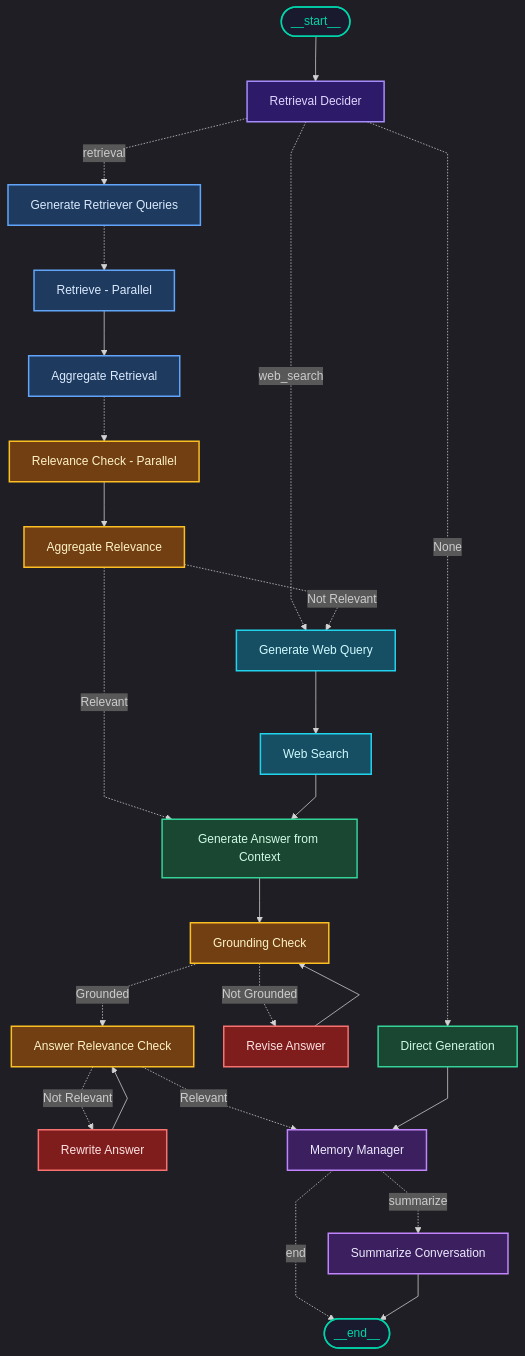
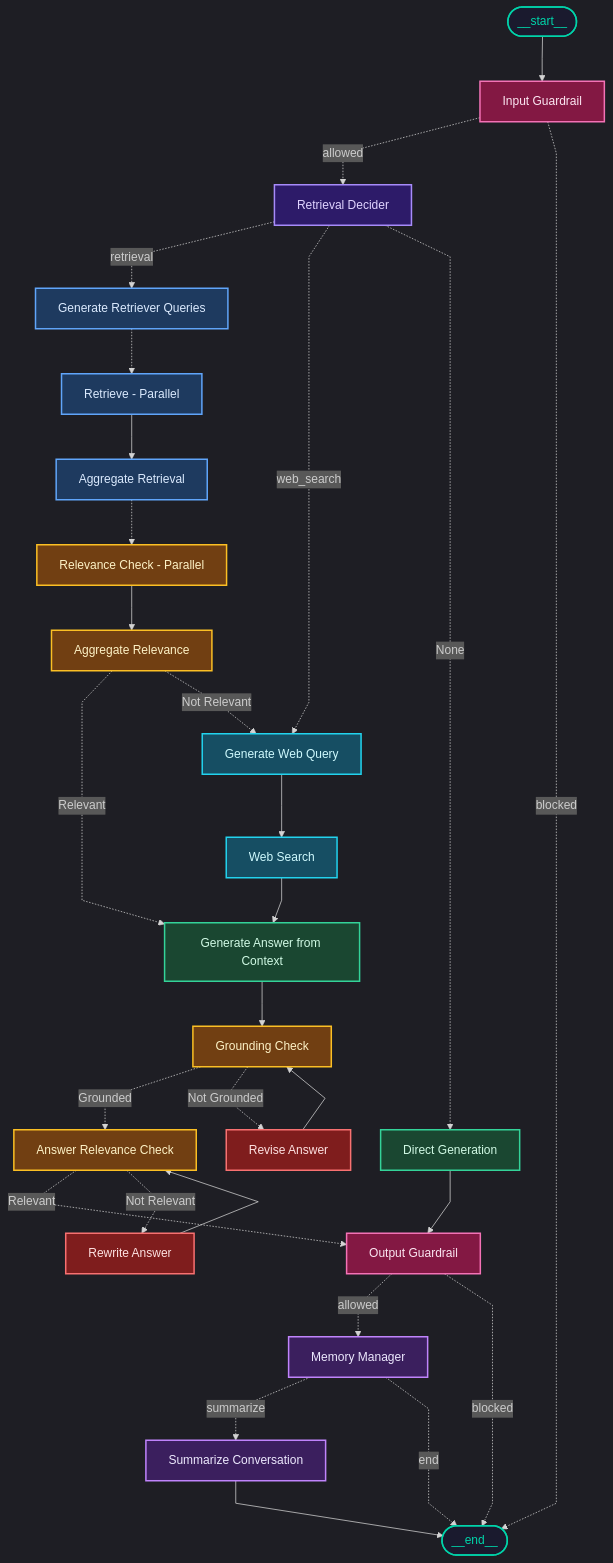
The second of 2 diagrams in README.md (pankaj-2708/Self-RAG-and-Corrective-RAG-for-Indian-Constitution), drawn with Mermaid before and after one commit. The commit also changed other lines of this file and 8 other files, not shown here.

````diff
--- a/README.md
+++ b/README.md
@@ -150,72 +152,81 @@
 ```mermaid
 ---
 config:
   theme: dark
   flowchart:
     curve: linear
     nodeSpacing: 40
     rankSpacing: 60
 ---
 graph TD
     __start__([" __start__ "]):::startNode
+    input_guardrail_node["Input Guardrail"]:::guardrailNode
     retrieval_decider_node["Retrieval Decider"]:::routingNode
     generate_retriever_query_node["Generate Retriever Queries"]:::retrievalNode
     retrieve_node["Retrieve - Parallel"]:::retrievalNode
     aggregate_retrieval["Aggregate Retrieval"]:::retrievalNode
     direct_generation_node["Direct Generation"]:::generationNode
     is_relevant_node["Relevance Check - Parallel"]:::validationNode
     aggregate_relevance["Aggregate Relevance"]:::validationNode
     answer_from_context_node["Generate Answer from Context"]:::generationNode
     check_answer_grounded_node["Grounding Check"]:::validationNode
     revise_answer_node["Revise Answer"]:::correctionNode
     is_answer_relevant_node["Answer Relevance Check"]:::validationNode
     rewrite_answer_node["Rewrite Answer"]:::correctionNode
+    output_guardrail_node["Output Guardrail"]:::guardrailNode
     generate_web_search_query_node["Generate Web Query"]:::webNode
     web_search_node["Web Search"]:::webNode
     memory_node["Memory Manager"]:::memoryNode
     modify_short_term_memory_node["Summarize Conversation"]:::memoryNode
     __end__([" __end__ "]):::endNode
 
-    __start__ --> retrieval_decider_node
+    __start__ --> input_guardrail_node
+
+    input_guardrail_node -. " allowed " .-> retrieval_decider_node
+    input_guardrail_node -. " blocked " .-> __end__
 
     retrieval_decider_node -. " retrieval " .-> generate_retriever_query_node
     retrieval_decider_node -. " web_search " .-> generate_web_search_query_node
     retrieval_decider_node -. " None " .-> direct_generation_node
 
     generate_retriever_query_node -.-> retrieve_node
     retrieve_node --> aggregate_retrieval
     aggregate_retrieval -.-> is_relevant_node
     is_relevant_node --> aggregate_relevance
 
     aggregate_relevance -. " Relevant " .-> answer_from_context_node
     aggregate_relevance -. " Not Relevant " .-> generate_web_search_query_node
 
     generate_web_search_query_node --> web_search_node
     web_search_node --> answer_from_context_node
 
     answer_from_context_node --> check_answer_grounded_node
 
     check_answer_grounded_node -. " Grounded " .-> is_answer_relevant_node
     check_answer_grounded_node -. " Not Grounded " .-> revise_answer_node
     revise_answer_node --> check_answer_grounded_node
 
-    is_answer_relevant_node -. " Relevant " .-> memory_node
+    is_answer_relevant_node -. " Relevant " .-> output_guardrail_node
     is_answer_relevant_node -. " Not Relevant " .-> rewrite_answer_node
     rewrite_answer_node --> is_answer_relevant_node
 
-    direct_generation_node --> memory_node
+    direct_generation_node --> output_guardrail_node
+
+    output_guardrail_node -. " allowed " .-> memory_node
+    output_guardrail_node -. " blocked " .-> __end__
 
     memory_node -. " summarize " .-> modify_short_term_memory_node
     memory_node -. " end " .-> __end__
     modify_short_term_memory_node --> __end__
 
     classDef startNode fill:#1a1a2e,stroke:#00d4aa,stroke-width:2px,color:#00d4aa
     classDef endNode fill:#1a1a2e,stroke:#00d4aa,stroke-width:2px,color:#00d4aa
     classDef routingNode fill:#2d1b69,stroke:#a78bfa,stroke-width:2px,color:#e0d4ff
     classDef retrievalNode fill:#1e3a5f,stroke:#60a5fa,stroke-width:2px,color:#dbeafe
     classDef generationNode fill:#1a4731,stroke:#34d399,stroke-width:2px,color:#d1fae5
     classDef validationNode fill:#713f12,stroke:#fbbf24,stroke-width:2px,color:#fef3c7
     classDef correctionNode fill:#7f1d1d,stroke:#f87171,stroke-width:2px,color:#fee2e2
     classDef webNode fill:#164e63,stroke:#22d3ee,stroke-width:2px,color:#cffafe
+    classDef guardrailNode fill:#831843,stroke:#f472b6,stroke-width:2px,color:#fce7f3
     classDef memoryNode fill:#3b1f5e,stroke:#c084fc,stroke-width:2px,color:#ede9fe
 ```
````
